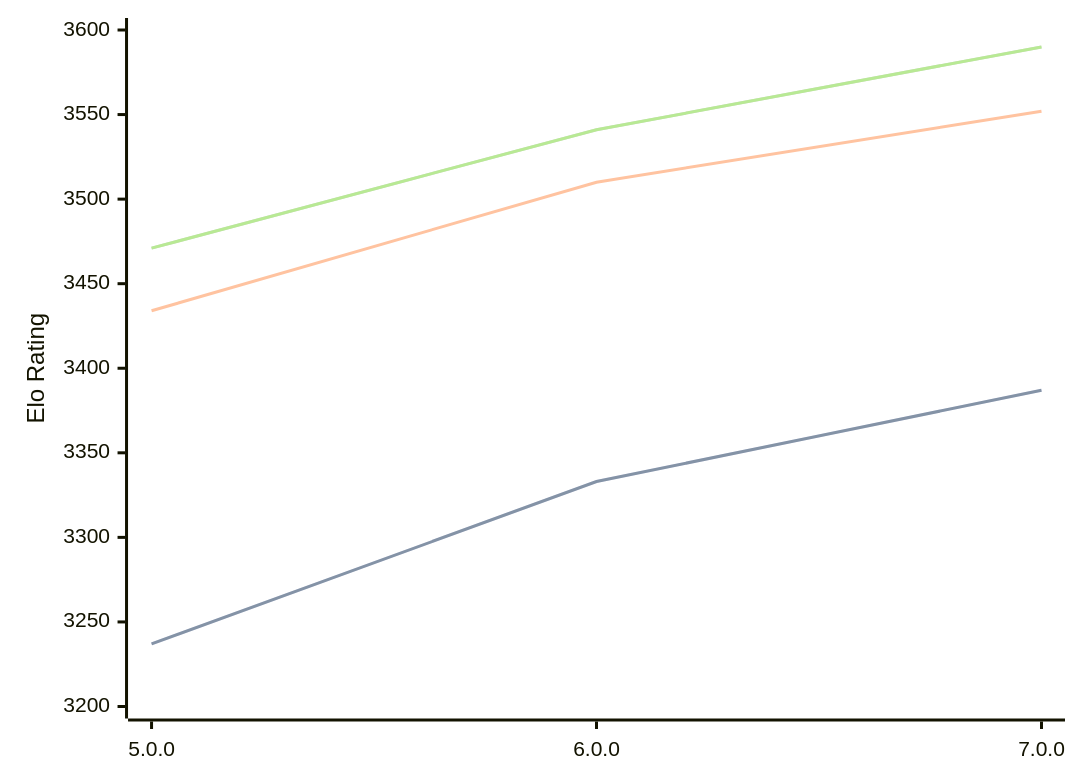
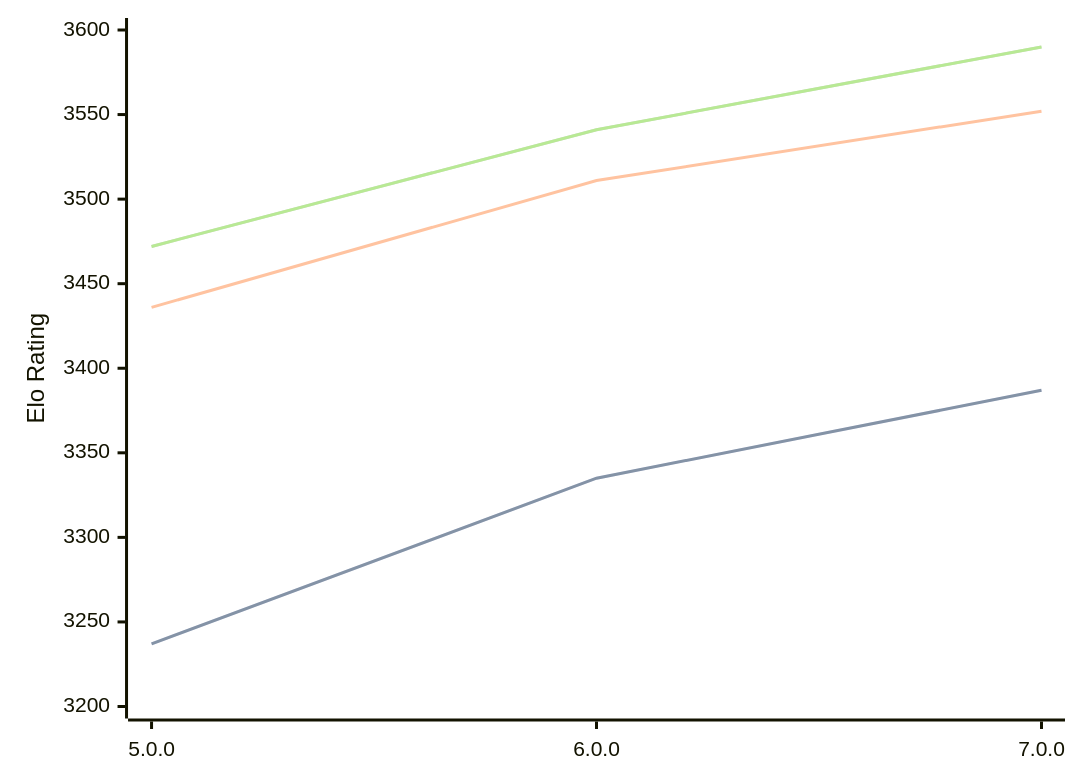
Before and after one commit to computer-chess-index/cci: the diagram in engines/Stormphrax.md, drawn with Mermaid. The commit also changed other lines of this file, not shown here.

Commit message:
Update CCI Ratings (ELO VLTC) - 2026-03-14

````diff
--- a/engines/Stormphrax.md
+++ b/engines/Stormphrax.md
@@ -36,11 +36,11 @@
 ```mermaid
 %%{init: {"theme":"base","themeVariables":{"seriesColors:['#a3a3a3','#222221','#faa371']}}}%%
 xychart-beta
   x-axis ["5.0.0", "6.0.0", "7.0.0"]
   y-axis "Elo Rating" 3200 --> 3600
-  line "STC (8.0+0.08s)" [3237, 3333, 3387]
-  line "STC (8.0+0.08s)" [3237, 3333, 3387]
-  line "LTC (60.0+0.60s)" [3434, 3510, 3552]
-  line "VLTC (2m24s+1.12s)" [3471, 3541, 3590]
-  line "VLTC (2m24s+1.12s)" [3471, 3541, 3590]
+  line "STC (8.0+0.08s)" [3237, 3335, 3387]
+  line "STC (8.0+0.08s)" [3237, 3335, 3387]
+  line "LTC (60.0+0.60s)" [3436, 3511, 3552]
+  line "VLTC (2m24s+1.12s)" [3472, 3541, 3590]
+  line "VLTC (2m24s+1.12s)" [3472, 3541, 3590]
 ```
````
